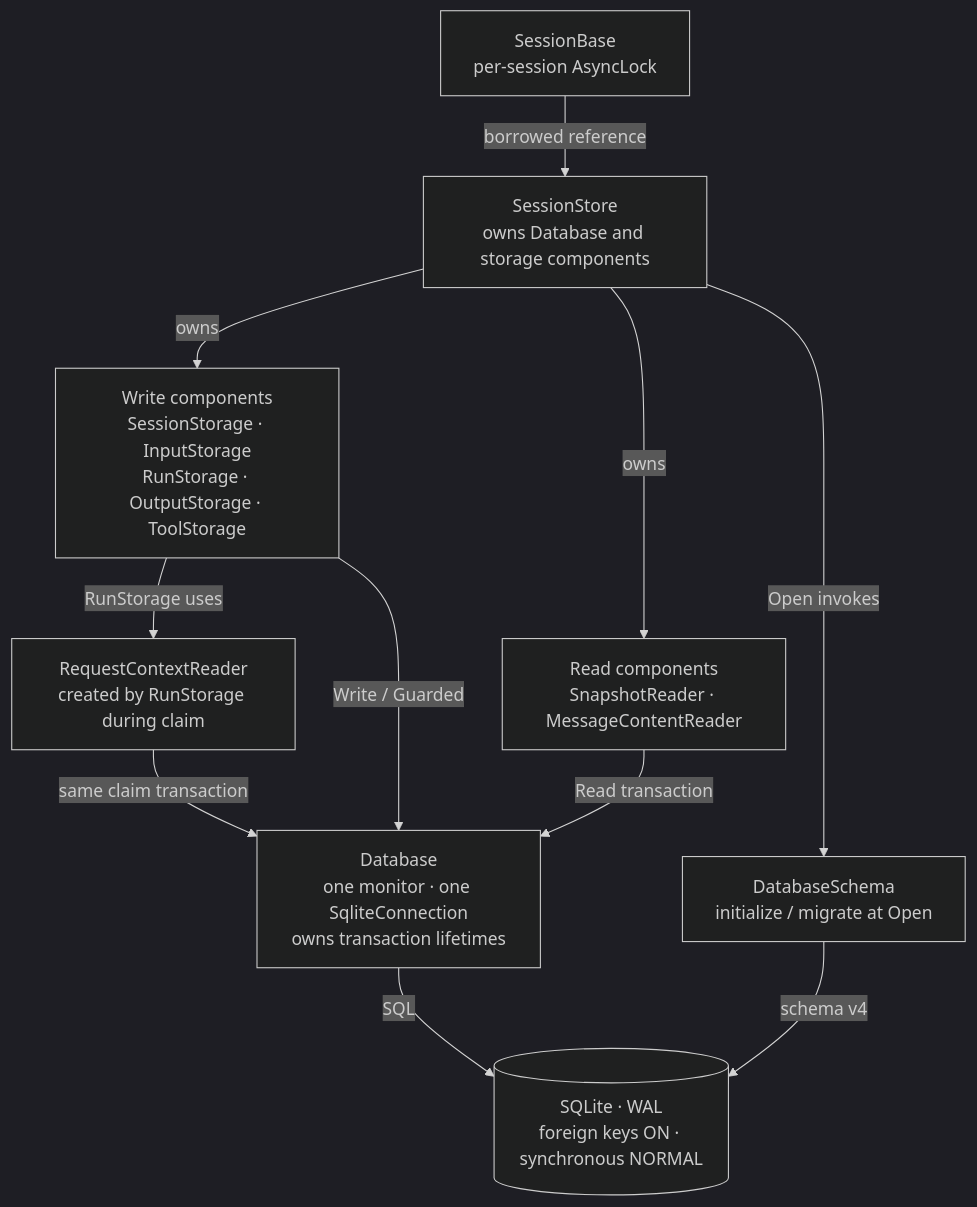
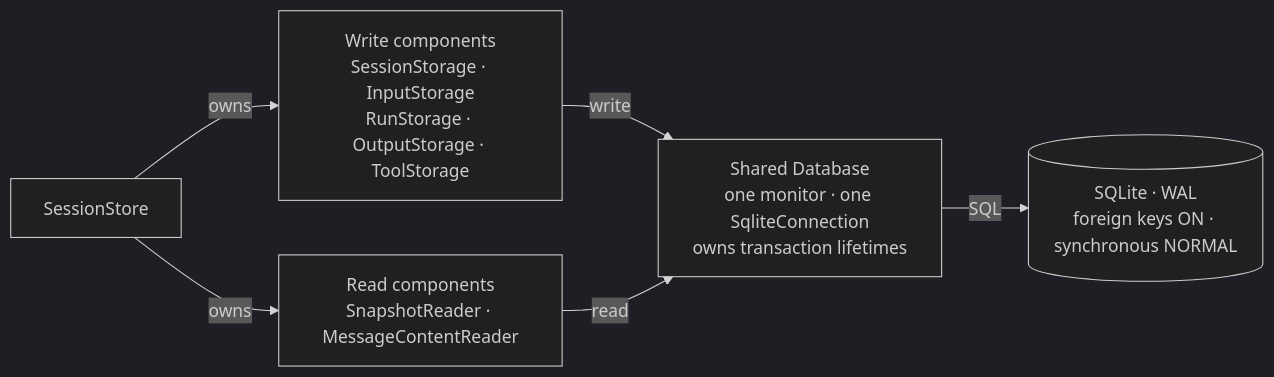
One commit to OwanL/urd changed the sixth of 9 diagrams in docs/architecture-map.md. Above: the diagram before and after it, drawn with Mermaid (dark theme). The commit also changed other lines of this file and 1 other file, not shown here.

Commit message:
docs: simplify architecture diagrams and improve visual navigation

````diff
--- a/docs/architecture-map.md
+++ b/docs/architecture-map.md
@@ -306,21 +250,13 @@
 ```mermaid
-flowchart TB
-  session["SessionBase<br/>per-session AsyncLock"]
-  store["SessionStore<br/>owns Database and storage components"]
+flowchart LR
+  store["SessionStore"]
   writes["Write components<br/>SessionStorage · InputStorage<br/>RunStorage · OutputStorage · ToolStorage"]
   reads["Read components<br/>SnapshotReader · MessageContentReader"]
-  context["RequestContextReader<br/>created by RunStorage during claim"]
-  database["Database<br/>one monitor · one SqliteConnection<br/>owns transaction lifetimes"]
-  schema["DatabaseSchema<br/>initialize / migrate at Open"]
+  database["Shared Database<br/>one monitor · one SqliteConnection<br/>owns transaction lifetimes"]
   sqlite[("SQLite · WAL<br/>foreign keys ON · synchronous NORMAL")]
-  session -->|borrowed reference| store
   store -->|owns| writes
   store -->|owns| reads
-  writes -->|RunStorage uses| context
-  writes -->|Write / Guarded| database
-  reads -->|Read transaction| database
-  context -->|same claim transaction| database
-  store -->|Open invokes| schema
-  schema -->|schema v4| sqlite
+  writes -->|write| database
+  reads -->|read| database
   database -->|SQL| sqlite
 ```
````
